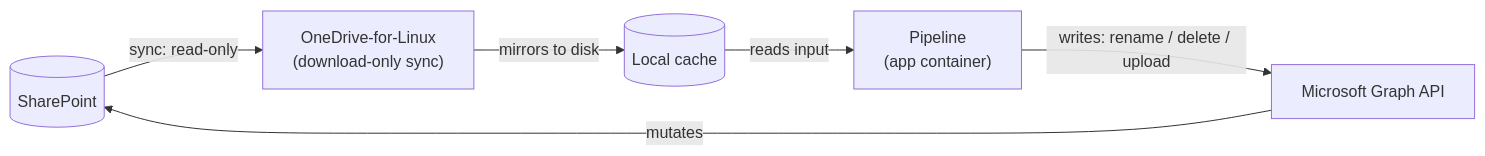
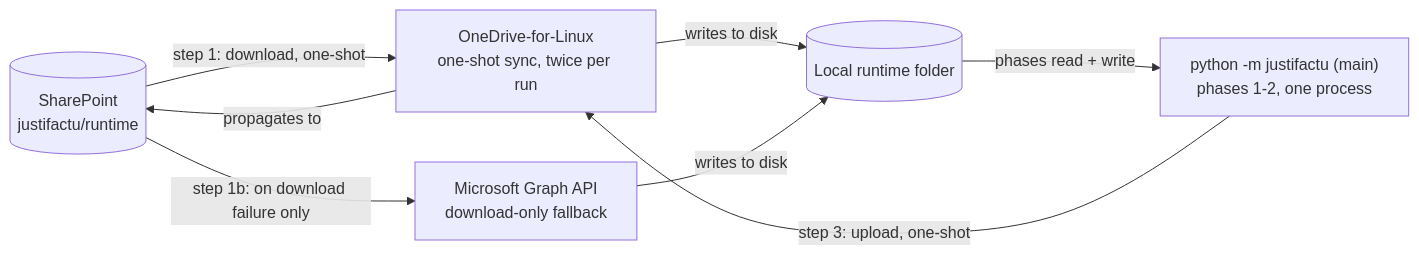
The first of 3 diagrams in docs/explanation/phase1_2_individual_bills.md (ICIQ-DMP/justifactu-docs), drawn with Mermaid before and after one commit. The commit also changed other lines of this file and 1 other file, not shown here.

````diff
--- a/docs/explanation/phase1_2_individual_bills.md
+++ b/docs/explanation/phase1_2_individual_bills.md
@@ -35,16 +39,16 @@
 ```mermaid
 flowchart LR
-    SP[(SharePoint)]
-    OD["OneDrive-for-Linux
-    (download-only sync)"]
-    LC[(Local cache)]
-    APP["Pipeline
-    (app container)"]
-    GAPI["Microsoft Graph API"]
+    SP[(SharePoint<br/>justifactu/runtime)]
+    OD["OneDrive-for-Linux<br/>one-shot sync, twice per run"]
+    GAPI["Microsoft Graph API<br/>download-only fallback"]
+    LC[(Local runtime folder)]
+    APP["python -m justifactu (main)<br/>phases 1-2, one process"]
 
-    SP -- "sync: read-only" --> OD
-    OD -- "mirrors to disk" --> LC
-    LC -- "reads input" --> APP
-    APP -- "writes: rename / delete / upload" --> GAPI
-    GAPI -- "mutates" --> SP
+    SP -- "step 1: download, one-shot" --> OD
+    SP -- "step 1b: on download failure only" --> GAPI
+    OD -- "writes to disk" --> LC
+    GAPI -- "writes to disk" --> LC
+    LC -- "phases read + write" --> APP
+    APP -- "step 3: upload, one-shot" --> OD
+    OD -- "propagates to" --> SP
 ```
````
